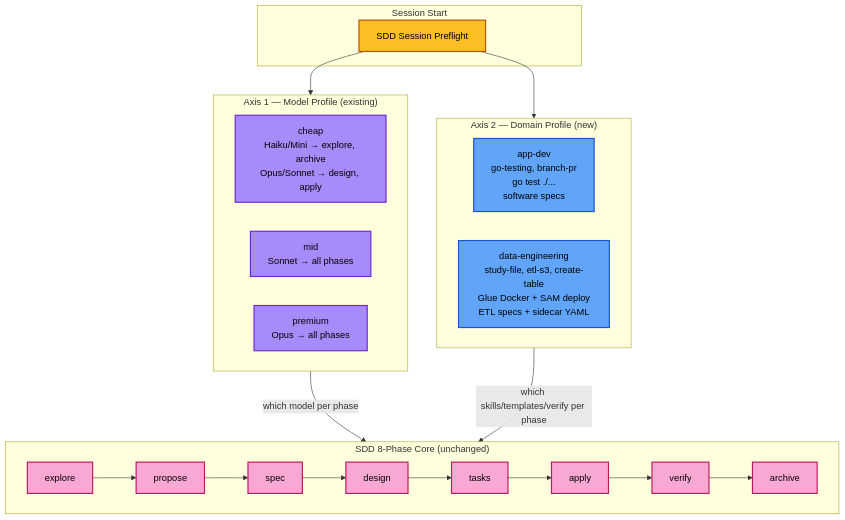
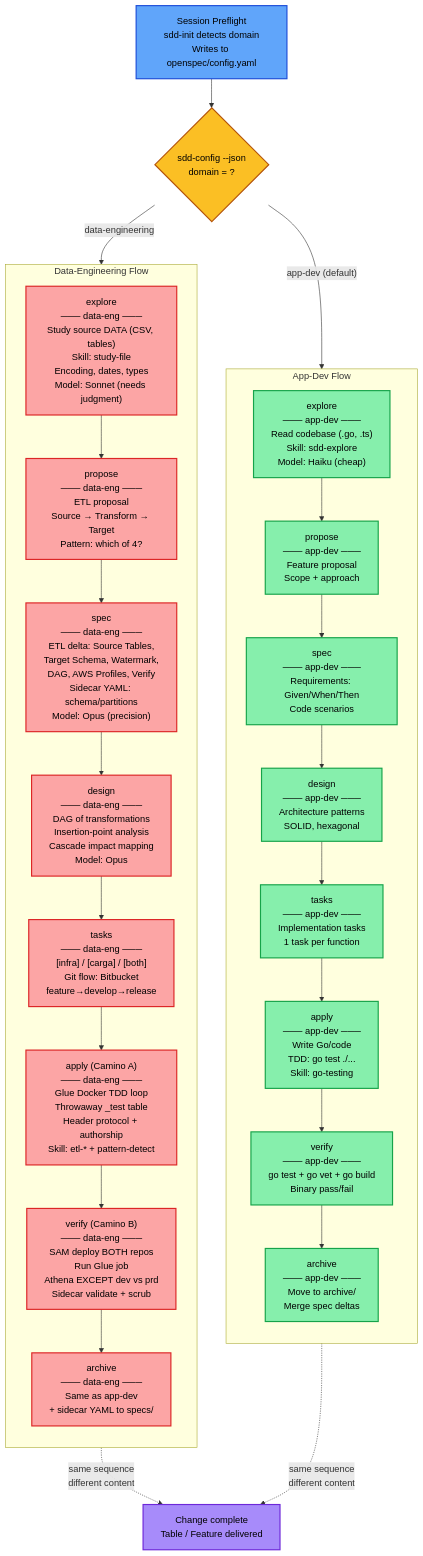
The first of 4 diagrams in docs/sdd-profiles-domain-model.md (SENTUstudio/gentle-ai), drawn with Mermaid before and after one commit. The commit also changed other lines of this file, not shown here.

Commit message:
docs: fix architecture diagram — show domain gate INSIDE each phase
The domain profile is not a parallel input to SDD — it's a branch gate
inside every phase skill. Diagram now shows:

- Session preflight detects domain ONCE (sdd-config --json)
- Each of the 8 phases has an internal branch: app-dev vs data-engineering
- The SEQUENCE is identical for both domains (explore→propose→...→archive)
- The CONTENT of each phase diverges based on domain
- Both flows converge to the same result (change complete)

The gate lives inside each SKILL.md as a conditional block:
  if domain == data-engineering → ETL branch
  else → app-dev branch (unchanged)

````diff
--- a/docs/sdd-profiles-domain-model.md
+++ b/docs/sdd-profiles-domain-model.md
@@ -22,40 +24,52 @@
 ```mermaid
 flowchart TB
-    subgraph SESSION["Session Start"]
-        PREFLIGHT["SDD Session Preflight"]
+    START["Session Preflight<br/>sdd-init detects domain<br/>Writes to openspec/config.yaml"]
+
+    START --> GATE0{"sdd-config --json<br/>domain = ?"}
+
+    GATE0 -->|"app-dev (default)"| FLOW_APP
+    GATE0 -->|"data-engineering"| FLOW_DATA
+
+    subgraph FLOW_APP["App-Dev Flow"]
+        direction TB
+        AE["explore<br/>─── app-dev ───<br/>Read codebase (.go, .ts)<br/>Skill: sdd-explore<br/>Model: Haiku (cheap)"]
+        AP["propose<br/>─── app-dev ───<br/>Feature proposal<br/>Scope + approach"]
+        AS["spec<br/>─── app-dev ───<br/>Requirements: Given/When/Then<br/>Code scenarios"]
+        AD["design<br/>─── app-dev ───<br/>Architecture patterns<br/>SOLID, hexagonal"]
+        AT["tasks<br/>─── app-dev ───<br/>Implementation tasks<br/>1 task per function"]
+        AA["apply<br/>─── app-dev ───<br/>Write Go/code<br/>TDD: go test ./...<br/>Skill: go-testing"]
+        AV["verify<br/>─── app-dev ───<br/>go test + go vet + go build<br/>Binary pass/fail"]
+        AZ["archive<br/>─── app-dev ───<br/>Move to archive/<br/>Merge spec deltas"]
+
+        AE --> AP --> AS --> AD --> AT --> AA --> AV --> AZ
     end
 
-    subgraph AXIS1["Axis 1 — Model Profile (existing)"]
-        direction LR
-        MP_CHEAP["cheap<br/>Haiku/Mini → explore, archive<br/>Opus/Sonnet → design, apply"]
-        MP_MID["mid<br/>Sonnet → all phases"]
-        MP_PREMIUM["premium<br/>Opus → all phases"]
+    subgraph FLOW_DATA["Data-Engineering Flow"]
+        direction TB
+        DE["explore<br/>─── data-eng ───<br/>Study source DATA (CSV, tables)<br/>Skill: study-file<br/>Encoding, dates, types<br/>Model: Sonnet (needs judgment)"]
+        DP["propose<br/>─── data-eng ───<br/>ETL proposal<br/>Source → Transform → Target<br/>Pattern: which of 4?"]
+        DS["spec<br/>─── data-eng ───<br/>ETL delta: Source Tables,<br/>Target Schema, Watermark,<br/>DAG, AWS Profiles, Verify<br/>Sidecar YAML: schema/partitions<br/>Model: Opus (precision)"]
+        DD["design<br/>─── data-eng ───<br/>DAG of transformations<br/>Insertion-point analysis<br/>Cascade impact mapping<br/>Model: Opus"]
+        DT["tasks<br/>─── data-eng ───<br/>[infra] / [carga] / [both]<br/>Git flow: Bitbucket<br/>feature→develop→release"]
+        DA["apply (Camino A)<br/>─── data-eng ───<br/>Glue Docker TDD loop<br/>Throwaway _test table<br/>Header protocol + authorship<br/>Skill: etl-* + pattern-detect"]
+        DV["verify (Camino B)<br/>─── data-eng ───<br/>SAM deploy BOTH repos<br/>Run Glue job<br/>Athena EXCEPT dev vs prd<br/>Sidecar validate + scrub"]
+        DZ["archive<br/>─── data-eng ───<br/>Same as app-dev<br/>+ sidecar YAML to specs/"]
+
+        DE --> DP --> DS --> DD --> DT --> DA --> DV --> DZ
     end
 
-    subgraph AXIS2["Axis 2 — Domain Profile (new)"]
-        direction LR
-        DP_APP["app-dev<br/>go-testing, branch-pr<br/>go test ./...<br/>software specs"]
-        DP_DATA["data-engineering<br/>study-file, etl-s3, create-table<br/>Glue Docker + SAM deploy<br/>ETL specs + sidecar YAML"]
-    end
+    AZ -.->|"same sequence<br/>different content"| RESULT["Change complete<br/>Table / Feature delivered"]
+    DZ -.->|"same sequence<br/>different content"| RESULT
 
-    subgraph CORE["SDD 8-Phase Core (unchanged)"]
-        direction LR
-        P1[explore] --> P2[propose] --> P3[spec] --> P4[design]
-        P4 --> P5[tasks] --> P6[apply] --> P7[verify] --> P8[archive]
-    end
+    classDef gate fill:#fbbf24,stroke:#b45309,stroke-width:2px,color:#000
+    classDef appPhase fill:#86efac,stroke:#16a34a,stroke-width:2px,color:#000
+    classDef dataPhase fill:#fca5a5,stroke:#dc2626,stroke-width:2px,color:#000
+    classDef result fill:#a78bfa,stroke:#6d28d9,stroke-width:2px,color:#000
+    classDef start fill:#60a5fa,stroke:#1d4ed8,stroke-width:2px,color:#000
 
-    PREFLIGHT --> AXIS1
-    PREFLIGHT --> AXIS2
-    AXIS1 -->|"which model per phase"| CORE
-    AXIS2 -->|"which skills/templates/verify per phase"| CORE
-
-    classDef modelProfile fill:#a78bfa,stroke:#6d28d9,stroke-width:2px,color:#000
-    classDef domainProfile fill:#60a5fa,stroke:#1d4ed8,stroke-width:2px,color:#000
-    classDef phase fill:#f9a8d4,stroke:#be185d,stroke-width:2px,color:#000
-    classDef session fill:#fbbf24,stroke:#b45309,stroke-width:2px,color:#000
-
-    class MP_CHEAP,MP_MID,MP_PREMIUM modelProfile
-    class DP_APP,DP_DATA domainProfile
-    class P1,P2,P3,P4,P5,P6,P7,P8 phase
-    class PREFLIGHT session
+    class GATE0 gate
+    class START start
+    class AE,AP,AS,AD,AT,AA,AV,AZ appPhase
+    class DE,DP,DS,DD,DT,DA,DV,DZ dataPhase
+    class RESULT result
 ```
````
